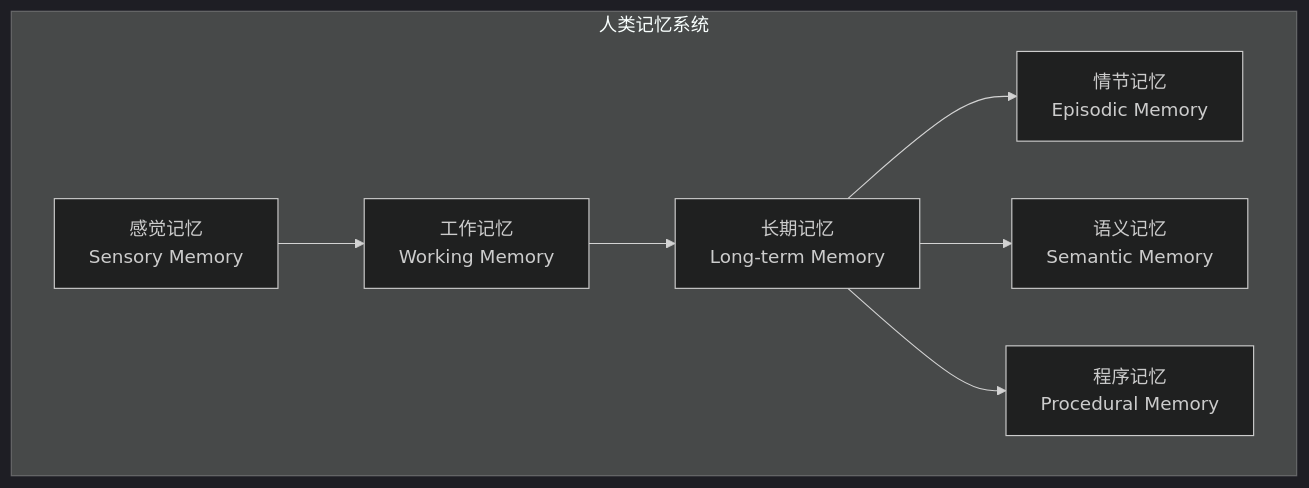
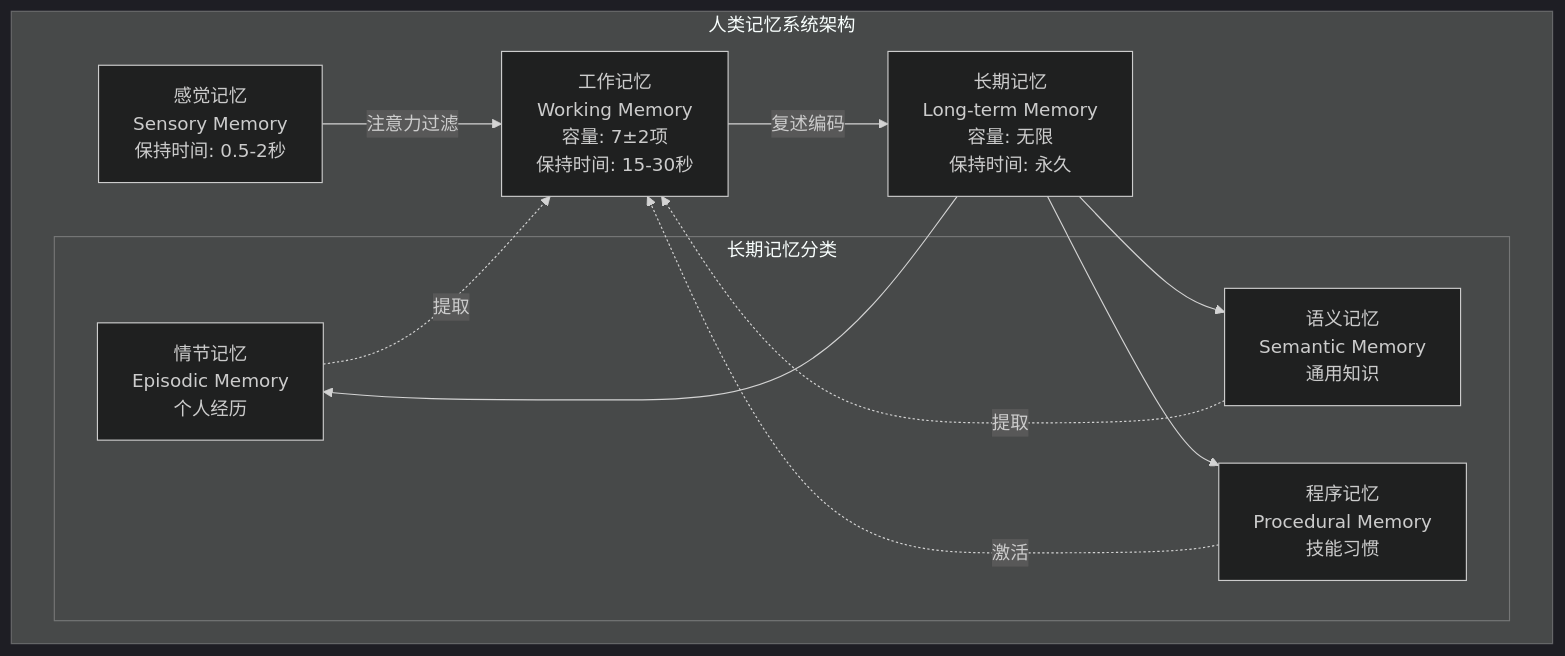
Before and after one commit to Leavesfly/TinyAI: the first of 5 diagrams in book/part3-agents/chapter16-agent-foundation/16.3-memory-system-working-episodic-semantic-memory.md, drawn with Mermaid (dark theme). The commit also changed other lines of this file and 40 other files, not shown here.

````diff
--- a/book/part3-agents/chapter16-agent-foundation/16.3-memory-system-working-episodic-semantic-memory.md
+++ b/book/part3-agents/chapter16-agent-foundation/16.3-memory-system-working-episodic-semantic-memory.md
@@ -24,17 +26,23 @@
 ```mermaid
 graph TB
-    subgraph "人类记忆系统"
-        A[感觉记忆<br/>Sensory Memory]
-        B[工作记忆<br/>Working Memory]
-        C[长期记忆<br/>Long-term Memory]
-        D[情节记忆<br/>Episodic Memory]
-        E[语义记忆<br/>Semantic Memory]
-        F[程序记忆<br/>Procedural Memory]
+    subgraph "人类记忆系统架构"
+        A[感觉记忆<br/>Sensory Memory<br/>保持时间: 0.5-2秒]
+        B[工作记忆<br/>Working Memory<br/>容量: 7±2项<br/>保持时间: 15-30秒]
+        C[长期记忆<br/>Long-term Memory<br/>容量: 无限<br/>保持时间: 永久]
+        
+        subgraph "长期记忆分类"
+            D[情节记忆<br/>Episodic Memory<br/>个人经历]
+            E[语义记忆<br/>Semantic Memory<br/>通用知识]
+            F[程序记忆<br/>Procedural Memory<br/>技能习惯]
+        end
     end
     
-    A --> B
-    B --> C
+    A -->|注意力过滤| B
+    B -->|复述编码| C
     C --> D
     C --> E
     C --> F
+    D -.->|提取| B
+    E -.->|提取| B
+    F -.->|激活| B
 ```
````
